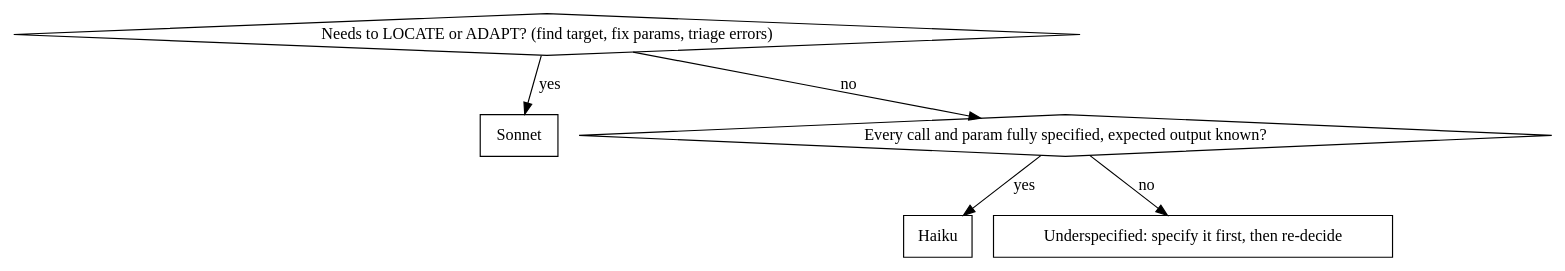
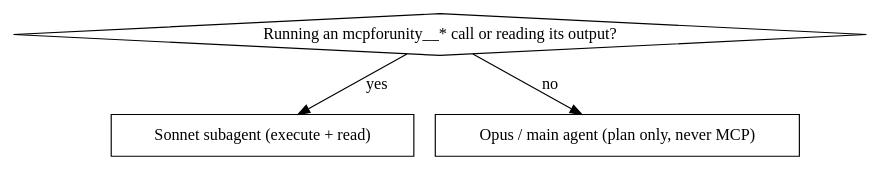
One commit to zasuozz-oss/agentic-unity-skills changed the diagram in global-config/skills/unity-skills/unity-mcp-delegation/SKILL.md. Above: the diagram before and after it, drawn with Graphviz. The commit also changed other lines of this file and 2 other files, not shown here.

First line of the commit message:
@ docs: drop Haiku tier from Unity-MCP guides, make Sonnet the execution floor

````diff
--- a/global-config/skills/unity-skills/unity-mcp-delegation/SKILL.md
+++ b/global-config/skills/unity-skills/unity-mcp-delegation/SKILL.md
@@ -32,14 +32,10 @@
 ```dot
 digraph m {
-  "Needs to LOCATE or ADAPT? (find target, fix params, triage errors)" [shape=diamond];
-  "Sonnet" [shape=box];
-  "Every call and param fully specified, expected output known?" [shape=diamond];
-  "Haiku" [shape=box];
-  "Underspecified: specify it first, then re-decide" [shape=box];
+  "Running an mcpforunity__* call or reading its output?" [shape=diamond];
+  "Sonnet subagent (execute + read)" [shape=box];
+  "Opus / main agent (plan only, never MCP)" [shape=box];
 
-  "Needs to LOCATE or ADAPT? (find target, fix params, triage errors)" -> "Sonnet" [label=yes];
-  "Needs to LOCATE or ADAPT? (find target, fix params, triage errors)" -> "Every call and param fully specified, expected output known?" [label=no];
-  "Every call and param fully specified, expected output known?" -> "Haiku" [label=yes];
-  "Every call and param fully specified, expected output known?" -> "Underspecified: specify it first, then re-decide" [label=no];
+  "Running an mcpforunity__* call or reading its output?" -> "Sonnet subagent (execute + read)" [label=yes];
+  "Running an mcpforunity__* call or reading its output?" -> "Opus / main agent (plan only, never MCP)" [label=no];
 }
 ```
````
